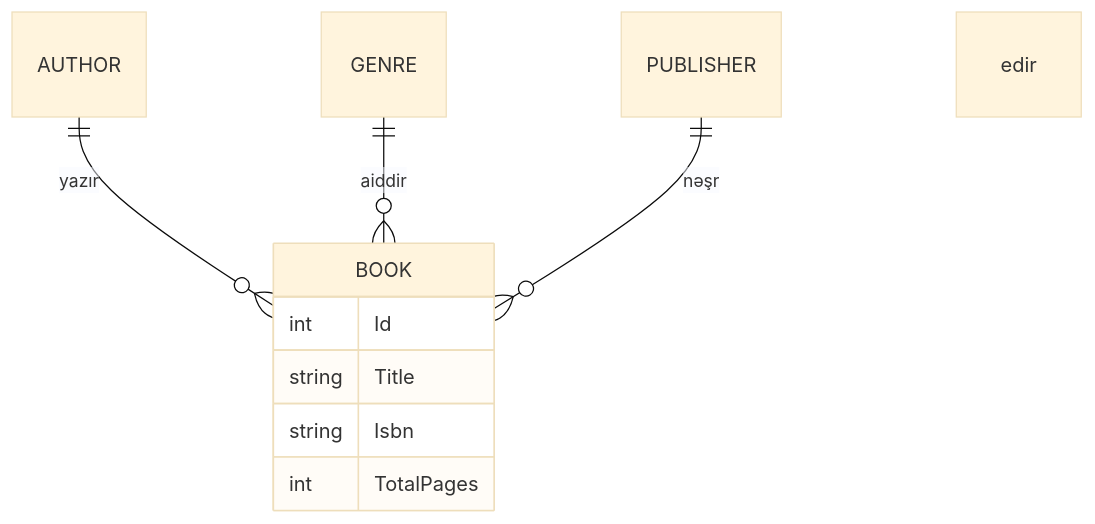
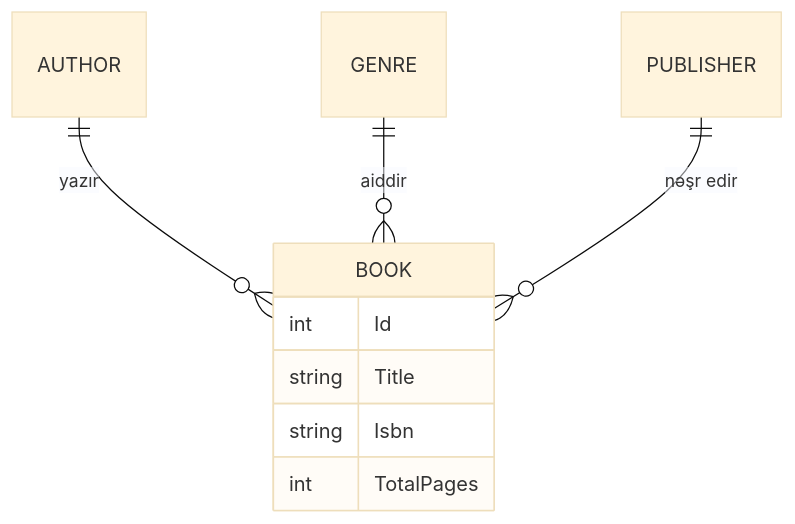
Before and after one commit to alesskeroov/BookAPI: the second of 2 diagrams in README.md, drawn with Mermaid (base theme).

Commit message:
Fix Mermaid diagram syntax in README

````diff
--- a/README.md
+++ b/README.md
@@ -46,12 +46,12 @@
 ```mermaid
 erDiagram
-    AUTHOR ||--o{ BOOK : yazır
-    GENRE ||--o{ BOOK : aiddir
-    PUBLISHER ||--o{ BOOK : nəşr edir
+    AUTHOR ||--o{ BOOK : "yazır"
+    GENRE ||--o{ BOOK : "aiddir"
+    PUBLISHER ||--o{ BOOK : "nəşr edir"
     BOOK {
         int Id
         string Title
         string Isbn
         int TotalPages
     }
 ```
````
